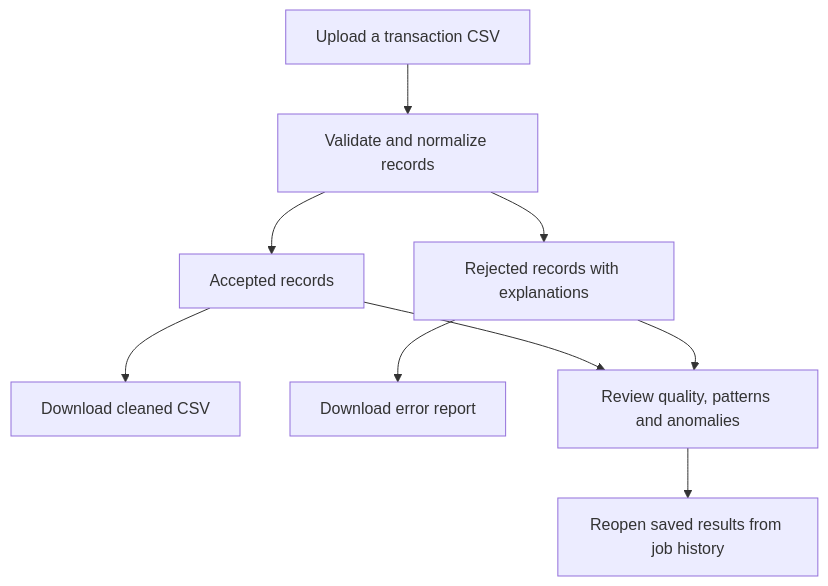
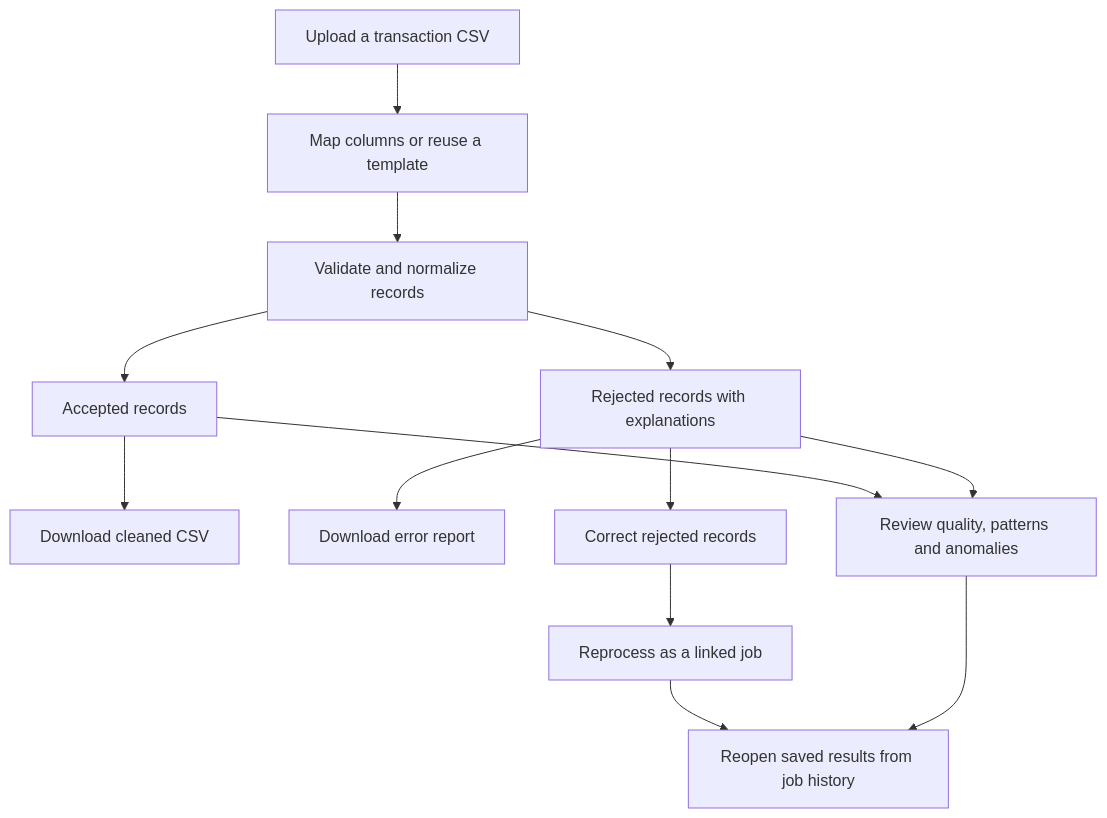
Before and after one commit to iayushmahajan/File-Intake-Processing-Service: the first of 2 diagrams in README.md, drawn with Mermaid. The commit also changed other lines of this file and 37 other files, not shown here.

````diff
--- a/README.md
+++ b/README.md
@@ -15,11 +39,15 @@
 ```mermaid
 flowchart TD
-    A[Upload a transaction CSV] --> B[Validate and normalize records]
+    A[Upload a transaction CSV] --> M[Map columns or reuse a template]
+    M --> B[Validate and normalize records]
     B --> C[Accepted records]
     B --> D[Rejected records with explanations]
     C --> E[Download cleaned CSV]
     D --> F[Download error report]
+    D --> R[Correct rejected records]
+    R --> V[Reprocess as a linked job]
+    V --> H
     C --> G[Review quality, patterns and anomalies]
     D --> G
     G --> H[Reopen saved results from job history]
 ```
````
